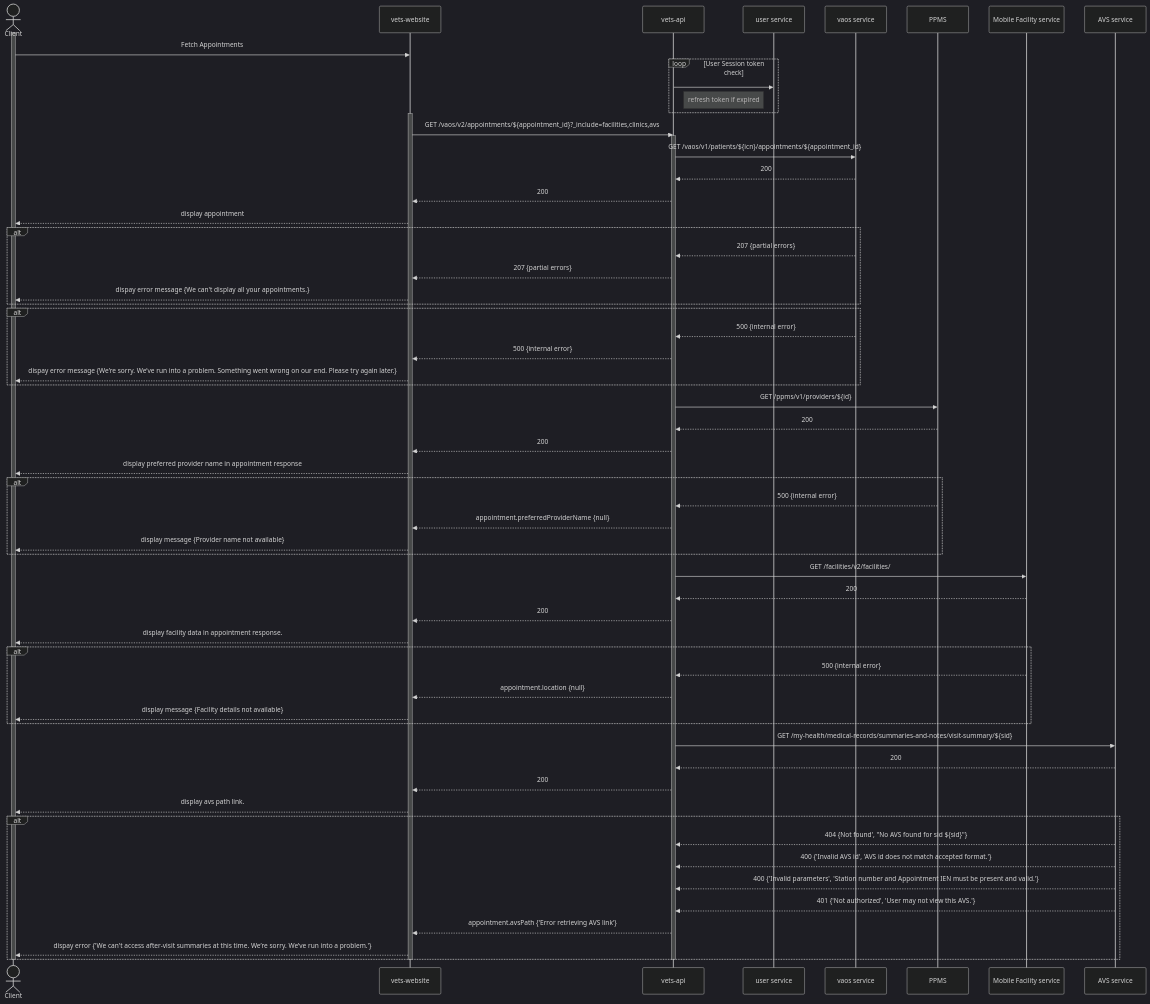
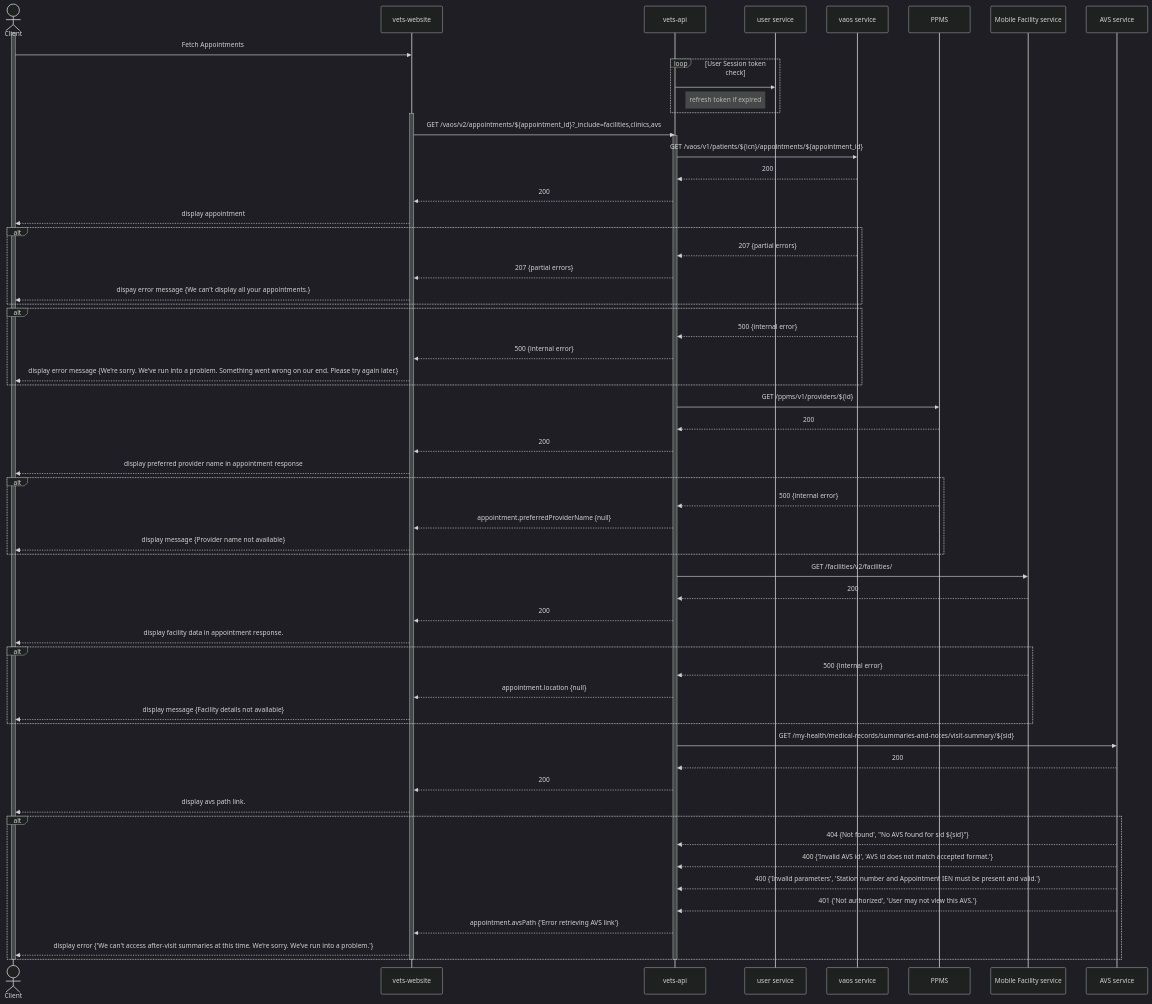
The first of 3 diagrams in products/health-care/appointments/va-online-scheduling/zero-silent-failures-checklist.md (department-of-veterans-affairs/va.gov-team), drawn with Mermaid (dark theme) before and after one commit.

````diff
--- a/products/health-care/appointments/va-online-scheduling/zero-silent-failures-checklist.md
+++ b/products/health-care/appointments/va-online-scheduling/zero-silent-failures-checklist.md
@@ -303,65 +303,65 @@
 ```mermaid
 sequenceDiagram
 actor Client
 activate Client
 Client->>vets-website: Fetch Appointments
 loop User Session token check
     vets-api->>user service: 
 
 Note right of vets-api: refresh token if expired
 end
 activate vets-website
 vets-website->>vets-api: GET /vaos/v2/appointments/${appointment_id}?_include=facilities,clinics,avs
 activate vets-api
 
 vets-api->>vaos service: GET /vaos/v1/patients/${icn}/appointments/${appointment_id}
 vaos service-->>vets-api: 200
 vets-api-->>vets-website: 200
 vets-website-->>Client: display appointment
 alt
 vaos service-->>vets-api: 207 {partial errors}
 vets-api-->>vets-website: 207 {partial errors}
 vets-website-->>Client: dispay error message {We can't display all your appointments.}
 end
 alt
 vaos service-->>vets-api: 500 {internal error}
 vets-api-->>vets-website: 500 {internal error}
-vets-website-->>Client: dispay error message {We’re sorry. We’ve run into a problem. Something went wrong on our end. Please try again later.}
+vets-website-->>Client: display error message {We’re sorry. We’ve run into a problem. Something went wrong on our end. Please try again later.}
 end
 
 vets-api->>PPMS: GET /ppms/v1/providers/${id}
 PPMS-->>vets-api: 200
 vets-api-->>vets-website: 200
 vets-website-->>Client: display preferred provider name in appointment response
 alt
 PPMS-->>vets-api: 500 {internal error}
 vets-api-->>vets-website: appointment.preferredProviderName {null}
 vets-website-->>Client: display message {Provider name not available}
 end
 
 vets-api->>Mobile Facility service: GET /facilities/v2/facilities/#{id}
 Mobile Facility service-->>vets-api: 200
 vets-api-->>vets-website: 200
 vets-website-->>Client: display facility data in appointment response.
 alt
 Mobile Facility service-->>vets-api: 500 {internal error}
 vets-api-->>vets-website: appointment.location {null}
 vets-website-->>Client: display message {Facility details not available}
 end
 
 vets-api->>AVS service: GET /my-health/medical-records/summaries-and-notes/visit-summary/${sid}
 AVS service-->>vets-api: 200
 vets-api-->>vets-website: 200
 vets-website-->>Client: display avs path link.
 alt
 AVS service-->>vets-api: 404 {Not found', "No AVS found for sid ${sid}"}
 AVS service-->>vets-api: 400 {'Invalid AVS id', 'AVS id does not match accepted format.'}
 AVS service-->>vets-api: 400 {'Invalid parameters', 'Station number and Appointment IEN must be present and valid.'}
 AVS service-->>vets-api: 401 {'Not authorized', 'User may not view this AVS.'} 
 vets-api-->>vets-website: appointment.avsPath {'Error retrieving AVS link'}
-vets-website-->>Client: dispay error {'We can't access after-visit summaries at this time. We’re sorry. We’ve run into a problem.'}
+vets-website-->>Client: display error {'We can't access after-visit summaries at this time. We’re sorry. We’ve run into a problem.'}
 end
 deactivate vets-api
 deactivate vets-website
 deactivate Client
 ```
````
